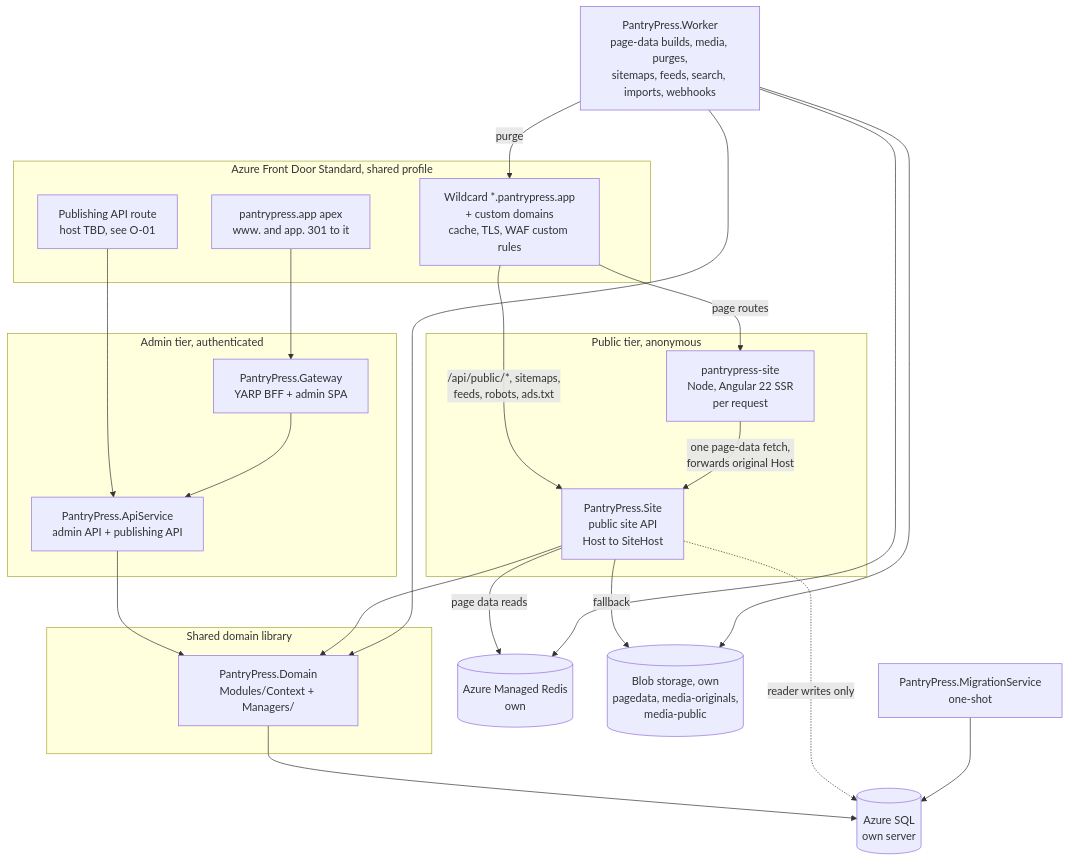
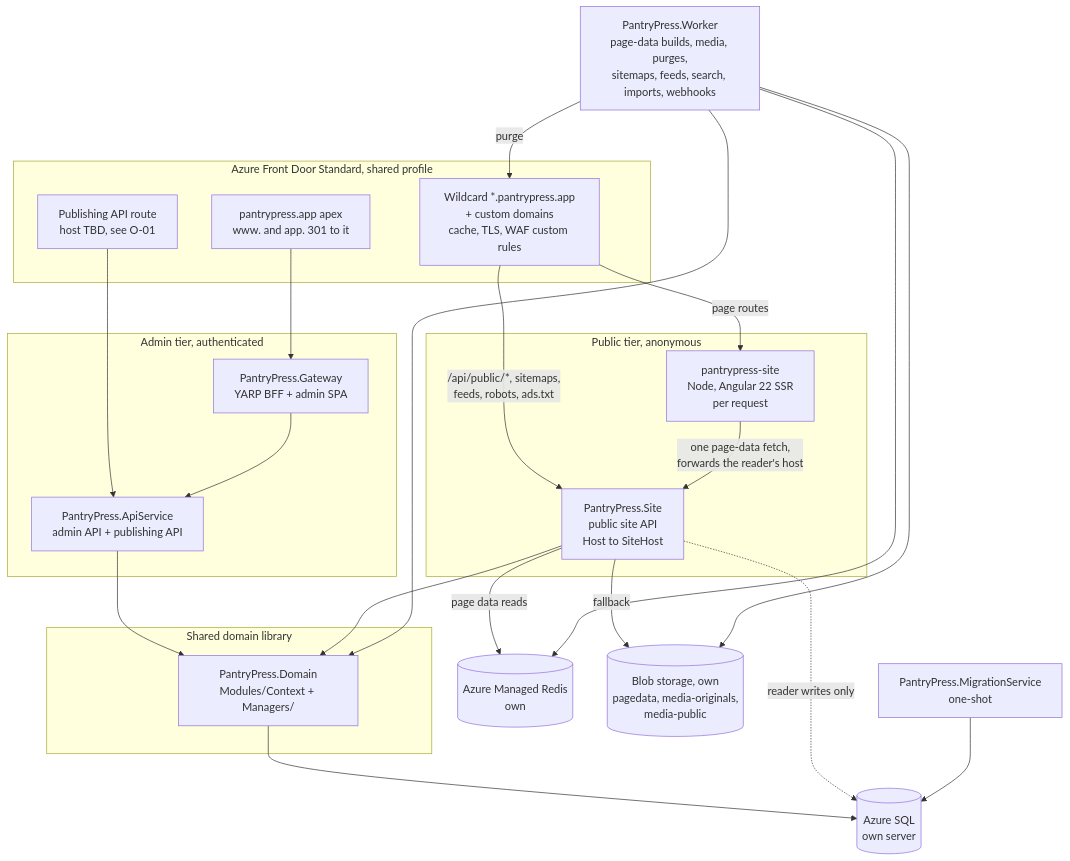
The second of 12 diagrams in docs/architecture/architecture.md (Architect4Hire/PantryPress), drawn with Mermaid before and after one commit. The commit also changed other lines of this file and 74 other files, not shown here.

````diff
--- a/docs/architecture/architecture.md
+++ b/docs/architecture/architecture.md
@@ -150,47 +150,47 @@
 ```mermaid
 flowchart TB
     subgraph Edge[Azure Front Door Standard, shared profile]
         afdPub[Wildcard *.pantrypress.app<br/>+ custom domains<br/>cache, TLS, WAF custom rules]
         afdApp[pantrypress.app apex<br/>www. and app. 301 to it]
         afdApi[Publishing API route<br/>host TBD, see O-01]
     end
 
     subgraph Public[Public tier, anonymous]
         ssr[pantrypress-site<br/>Node, Angular 22 SSR<br/>per request]
         site[PantryPress.Site<br/>public site API<br/>Host to SiteHost]
     end
 
     subgraph Admin[Admin tier, authenticated]
         gw[PantryPress.Gateway<br/>YARP BFF + admin SPA]
         api[PantryPress.ApiService<br/>admin API + publishing API]
     end
 
     subgraph Core[Shared domain library]
         dom[PantryPress.Domain<br/>Modules/Context + Managers/]
     end
 
     worker[PantryPress.Worker<br/>page-data builds, media, purges,<br/>sitemaps, feeds, search, imports, webhooks]
     mig[PantryPress.MigrationService<br/>one-shot]
 
     sql[(Azure SQL<br/>own server)]
     redis[(Azure Managed Redis<br/>own)]
     blob[(Blob storage, own<br/>pagedata, media-originals,<br/>media-public)]
 
     afdPub -->|page routes| ssr
     afdPub -->|/api/public/*, sitemaps,<br/>feeds, robots, ads.txt| site
     afdApp --> gw
     afdApi --> api
-    ssr -->|one page-data fetch,<br/>forwards original Host| site
+    ssr -->|one page-data fetch,<br/>forwards the reader's host| site
     gw --> api
     api --> dom
     site --> dom
     worker --> dom
     dom --> sql
     site -->|page data reads| redis
     site -->|fallback| blob
     site -.->|reader writes only| sql
     worker --> blob
     worker --> redis
     worker -->|purge| afdPub
     mig --> sql
 ```
````
